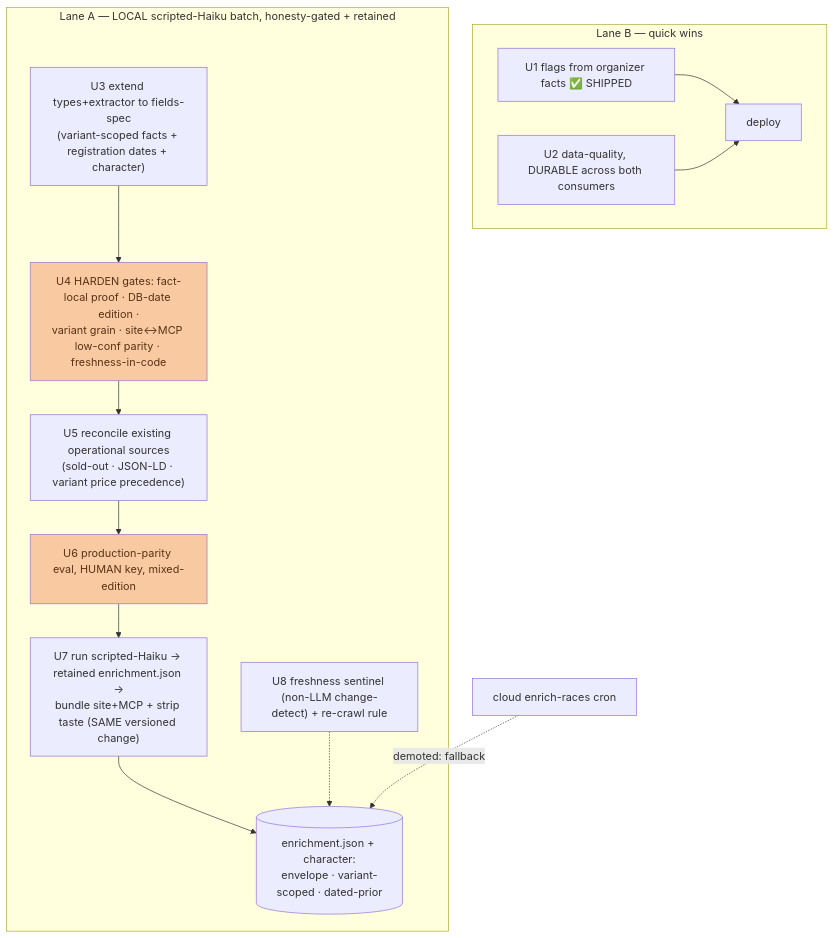
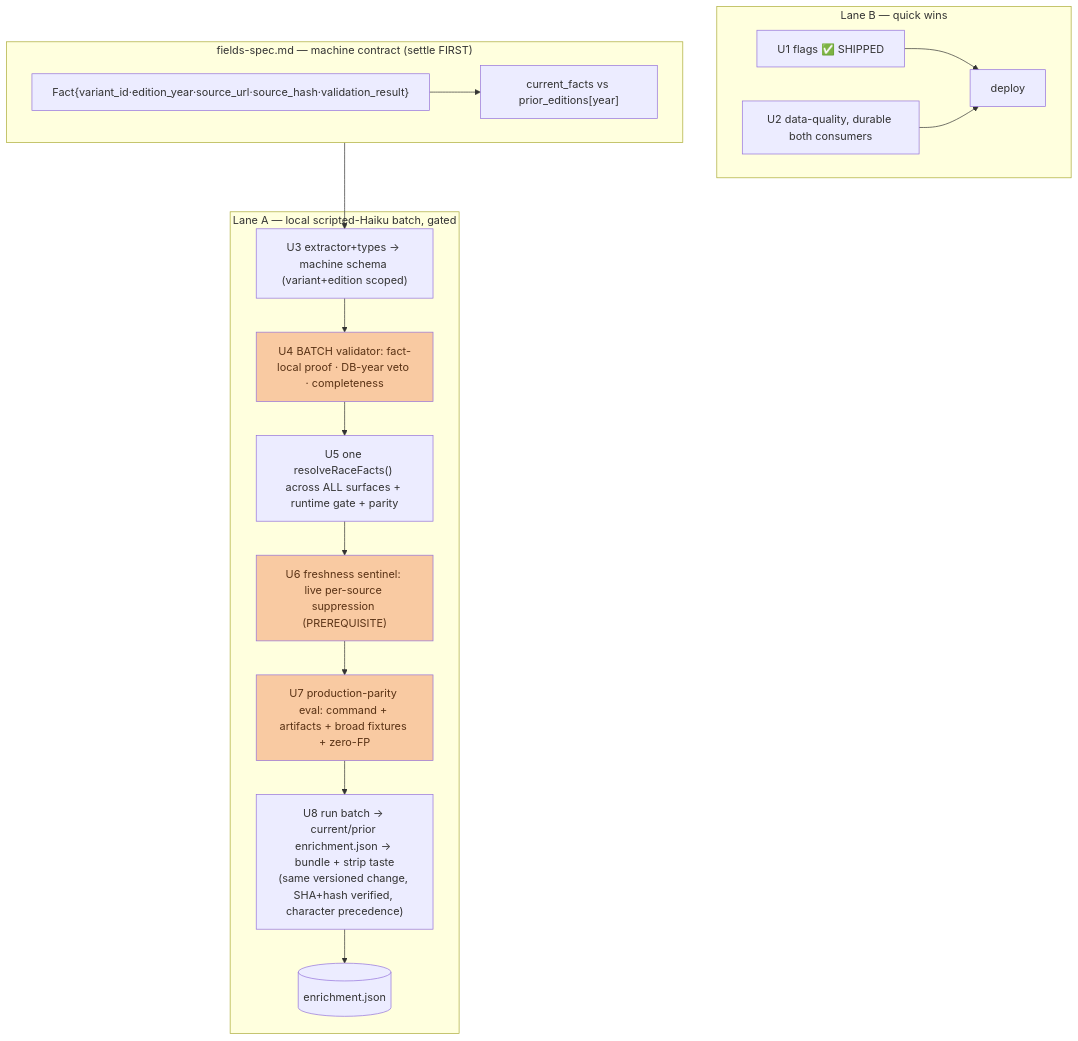
The diagram in docs/plans/2026-08-25-002-feat-enrichment-phase-plan.md (dimrasn/trail-catalunya), drawn with Mermaid before and after one commit. The commit also changed other lines of this file and 2 other files, not shown here.

First line of the commit message:
docs: enrichment machine-contract + plan r3 (folds Codex round-2's four P0s)

````diff
--- a/docs/plans/2026-08-25-002-feat-enrichment-phase-plan.md
+++ b/docs/plans/2026-08-25-002-feat-enrichment-phase-plan.md
@@ -154,18 +137,23 @@
 ```mermaid
 flowchart TD
   subgraph LaneB["Lane B — quick wins"]
-    U1["U1 flags from organizer facts ✅ SHIPPED"] --> D1[deploy]
-    U2["U2 data-quality, DURABLE across both consumers"] --> D1
+    U1["U1 flags ✅ SHIPPED"] --> D1[deploy]
+    U2["U2 data-quality, durable both consumers"] --> D1
   end
-  subgraph LaneA["Lane A — LOCAL scripted-Haiku batch, honesty-gated + retained"]
-    U3["U3 extend types+extractor to fields-spec<br/>(variant-scoped facts + registration dates + character)"] --> U4
-    U4["U4 HARDEN gates: fact-local proof · DB-date edition ·<br/>variant grain · site↔MCP low-conf parity · freshness-in-code"] --> U5
-    U5["U5 reconcile existing operational sources<br/>(sold-out · JSON-LD · variant price precedence)"] --> U6
-    U6["U6 production-parity eval, HUMAN key, mixed-edition"] --> U7
-    U7["U7 run scripted-Haiku → retained enrichment.json →<br/>bundle site+MCP + strip taste (SAME versioned change)"] --> ENR[(enrichment.json + character:<br/>envelope · variant-scoped · dated-prior)]
-    U8["U8 freshness sentinel (non-LLM change-detect) + re-crawl rule"] -.-> ENR
+  subgraph Contract["fields-spec.md — machine contract (settle FIRST)"]
+    C1["Fact{variant_id·edition_year·source_url·source_hash·validation_result}"]
+    C1 --> C2["current_facts vs prior_editions[year]"]
   end
-  CLOUD[cloud enrich-races cron] -.demoted: fallback.-> ENR
+  subgraph LaneA["Lane A — local scripted-Haiku batch, gated"]
+    U3["U3 extractor+types → machine schema (variant+edition scoped)"] --> U4
+    U4["U4 BATCH validator: fact-local proof · DB-year veto · completeness"] --> U5
+    U5["U5 one resolveRaceFacts() across ALL surfaces + runtime gate + parity"] --> U6
+    U6["U6 freshness sentinel: live per-source suppression (PREREQUISITE)"] --> U7
+    U7["U7 production-parity eval: command + artifacts + broad fixtures + zero-FP"] --> U8
+    U8["U8 run batch → current/prior enrichment.json → bundle + strip taste<br/>(same versioned change, SHA+hash verified, character precedence)"] --> ENR[(enrichment.json)]
+  end
+  Contract --> U3
   style U4 fill:#F9CAA2,color:#593215
   style U6 fill:#F9CAA2,color:#593215
+  style U7 fill:#F9CAA2,color:#593215
 ```
````
